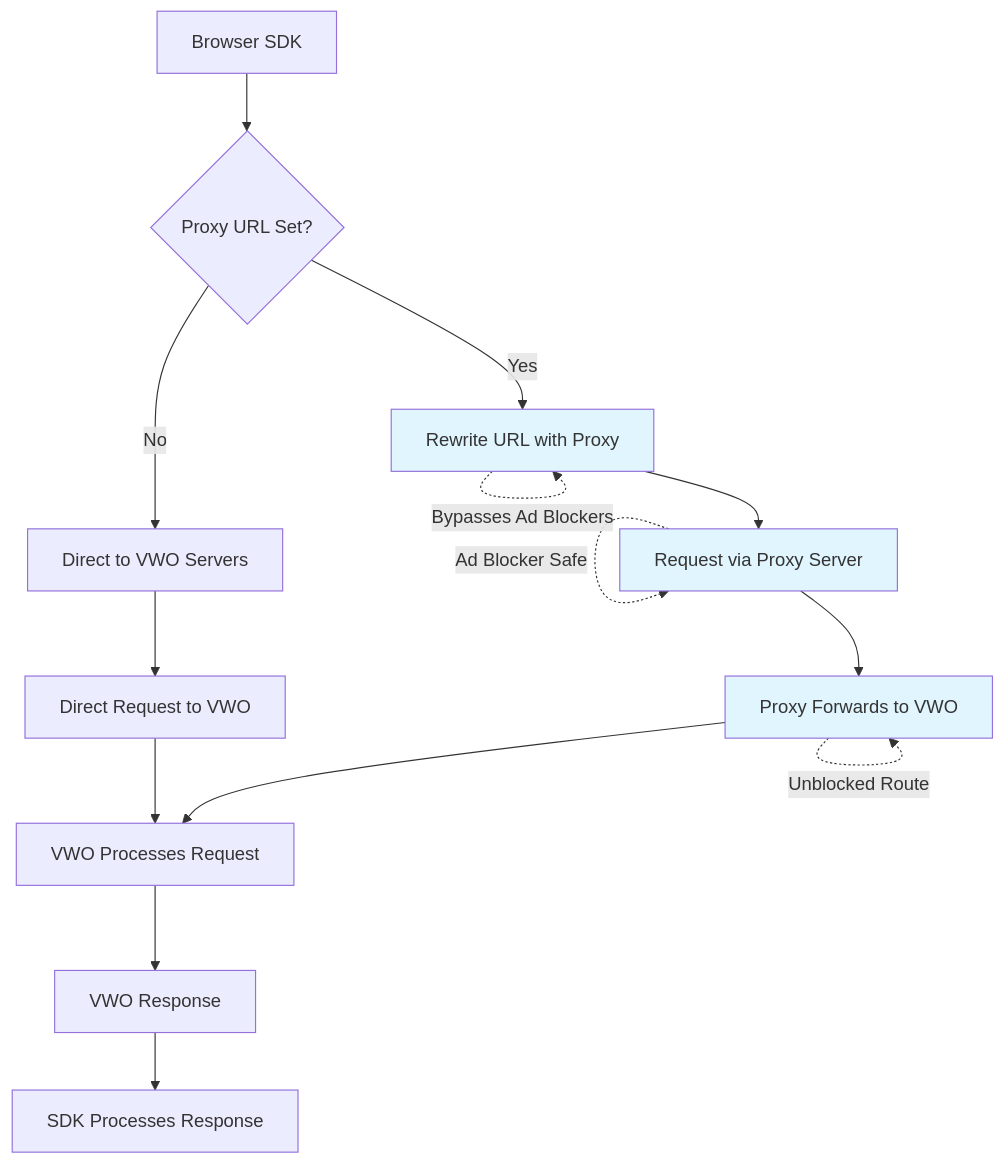
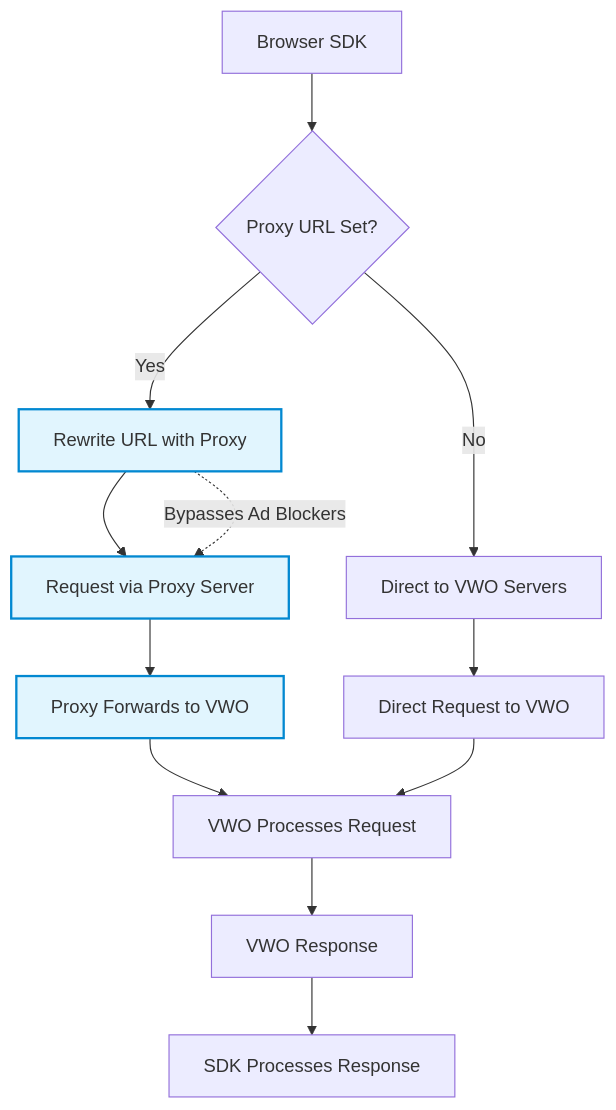
Before and after one commit to wingify/readme-central: the diagram in docs/SDK Reference/mobile-sdks/fme-javascript/proxy-url-support.md, drawn with Mermaid.

Commit message:
Update doc `proxy-url-support`

````diff
--- a/docs/SDK Reference/mobile-sdks/fme-javascript/proxy-url-support.md
+++ b/docs/SDK Reference/mobile-sdks/fme-javascript/proxy-url-support.md
@@ -34,24 +34,22 @@
 ```mermaid
-graph TD
-    A[Browser SDK] --> B{Proxy URL Set?}
-    B -->|Yes| C[Rewrite URL with Proxy]
-    B -->|No| D[Direct to VWO Servers]
-    
-    C --> E[Request via Proxy Server]
-    D --> F[Direct Request to VWO]
-    
-    E --> G[Proxy Forwards to VWO]
-    F --> H[VWO Processes Request]
-    
-    G --> H
-    H --> I[VWO Response]
-    I --> J[SDK Processes Response]
-    
-    style C fill:#e1f5fe
-    style E fill:#e1f5fe
-    style G fill:#e1f5fe
-    
-    C -.->|"Bypasses Ad Blockers"| C
-    E -.->|"Ad Blocker Safe"| E
-    G -.->|"Unblocked Route"| G
+flowchart TD
+    A["Browser SDK"] --> B{"Proxy URL Set?"}
+    B -- Yes --> C["Rewrite URL with Proxy"]
+    B -- No --> D["Direct to VWO Servers"]
+    C --> E["Request via Proxy Server"]
+    E --> G["Proxy Forwards to VWO"]
+    D --> F["Direct Request to VWO"]
+    G --> H["VWO Processes Request"]
+    F --> H
+    H --> I["VWO Response"]
+    I --> J["SDK Processes Response"]
+    C -. Bypasses Ad Blockers .-> E
+
+     E:::highlight
+     C:::highlight
+     G:::highlight
+    classDef highlight fill:#e1f5fe,stroke:#0288d1,stroke-width:2px
+
+
+
 ```
````
